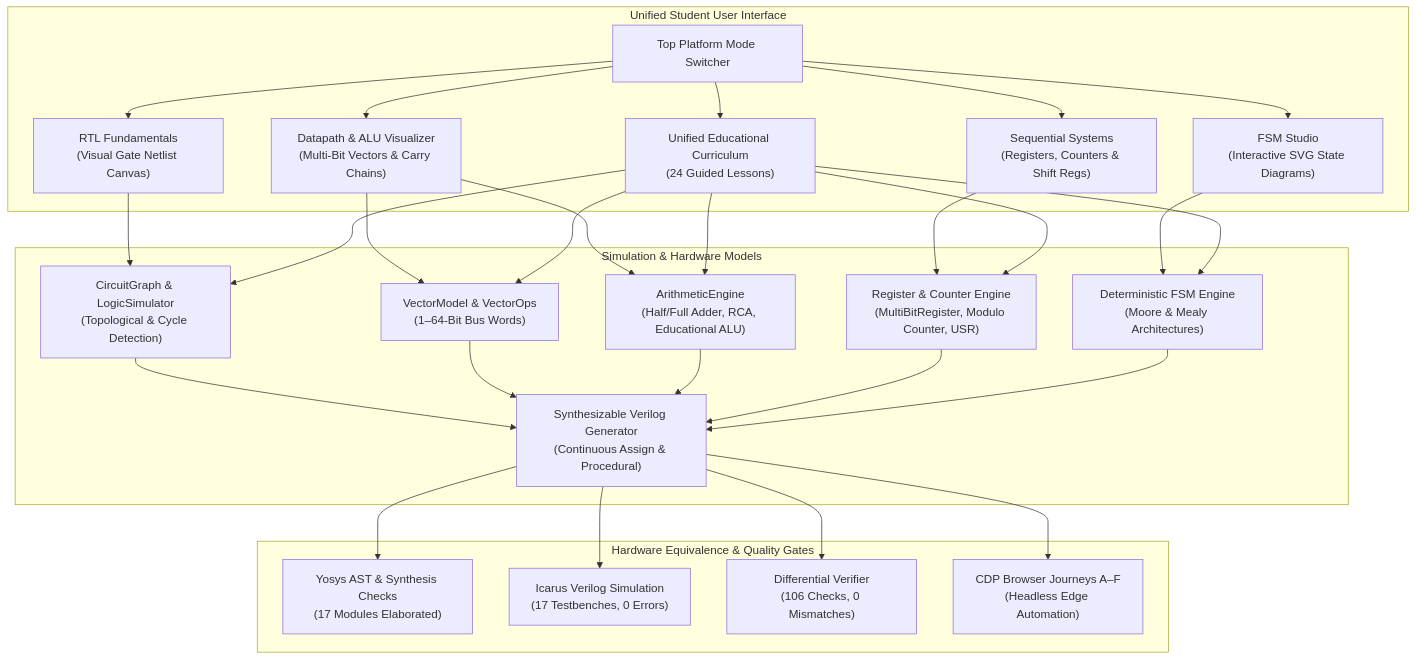
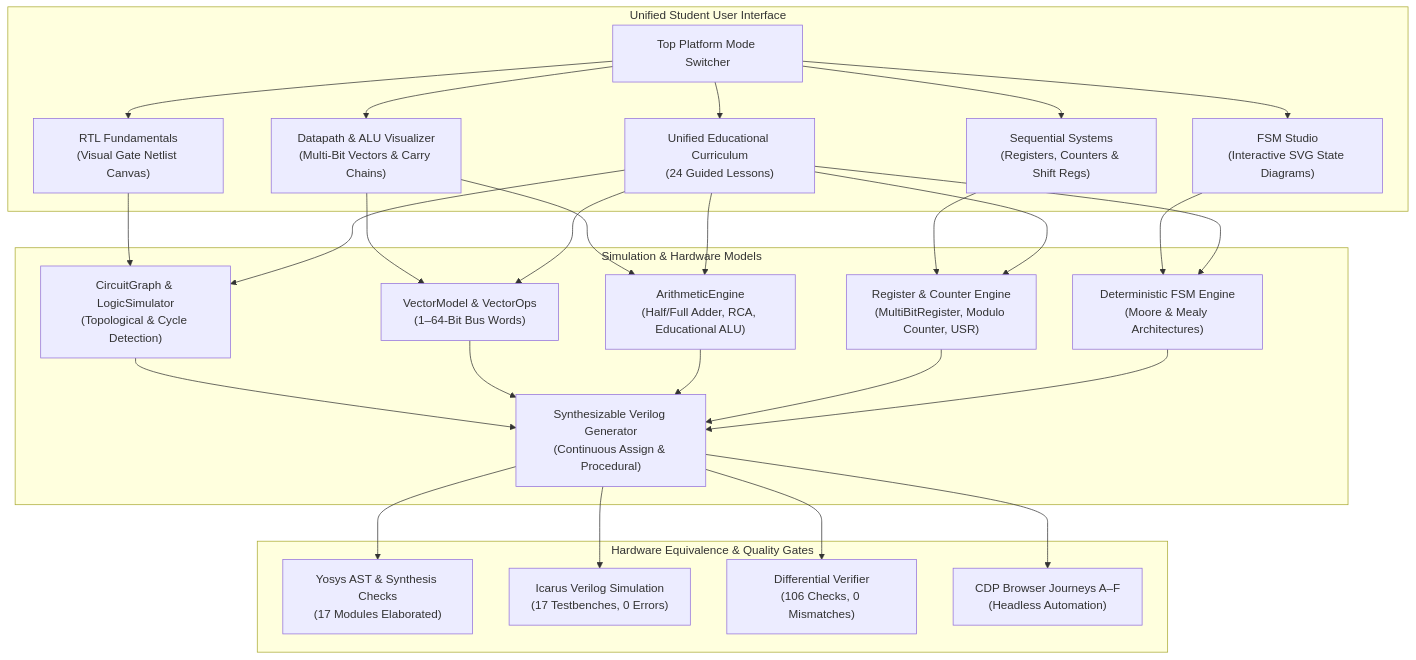
One commit to ppawar-7/rtl-playground changed the diagram in README.md. Above: the diagram before and after it, drawn with Mermaid. The commit also changed other lines of this file and 16 other files, not shown here.

Commit message:
feat: complete architecture deep dive, test traceability, CI hardening, and repo preparation

````diff
--- a/README.md
+++ b/README.md
@@ -27,37 +35,37 @@
 ```mermaid
 flowchart TD
     subgraph UI ["Unified Student User Interface"]
         TOPNAV["Top Platform Mode Switcher"]
         FUND["RTL Fundamentals\n(Visual Gate Netlist Canvas)"]
         DP["Datapath & ALU Visualizer\n(Multi-Bit Vectors & Carry Chains)"]
         SEQ["Sequential Systems\n(Registers, Counters & Shift Regs)"]
         FSM["FSM Studio\n(Interactive SVG State Diagrams)"]
         LESSONS["Unified Educational Curriculum\n(24 Guided Lessons)"]
     end
 
     subgraph Engines ["Simulation & Hardware Models"]
         CG["CircuitGraph & LogicSimulator\n(Topological & Cycle Detection)"]
         VM["VectorModel & VectorOps\n(1–64-Bit Bus Words)"]
         ARITH["ArithmeticEngine\n(Half/Full Adder, RCA, Educational ALU)"]
         REG_SEQ["Register & Counter Engine\n(MultiBitRegister, Modulo Counter, USR)"]
         FSM_ENG["Deterministic FSM Engine\n(Moore & Mealy Architectures)"]
         VERILOG["Synthesizable Verilog Generator\n(Continuous Assign & Procedural)"]
     end
 
     subgraph Verification ["Hardware Equivalence & Quality Gates"]
         YOSYS["Yosys AST & Synthesis Checks\n(17 Modules Elaborated)"]
         IVERILOG["Icarus Verilog Simulation\n(17 Testbenches, 0 Errors)"]
         DIFF["Differential Verifier\n(106 Checks, 0 Mismatches)"]
-        E2E["CDP Browser Journeys A–F\n(Headless Edge Automation)"]
+        E2E["CDP Browser Journeys A–F\n(Headless Automation)"]
     end
 
     TOPNAV --> FUND & DP & SEQ & FSM & LESSONS
     FUND --> CG
     DP --> VM & ARITH
     SEQ --> REG_SEQ
     FSM --> FSM_ENG
     LESSONS --> CG & VM & ARITH & REG_SEQ & FSM_ENG
 
     CG & VM & ARITH & REG_SEQ & FSM_ENG --> VERILOG
     VERILOG --> YOSYS & IVERILOG & DIFF & E2E
 ```
````
